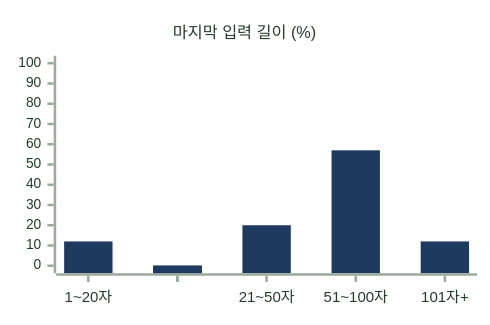
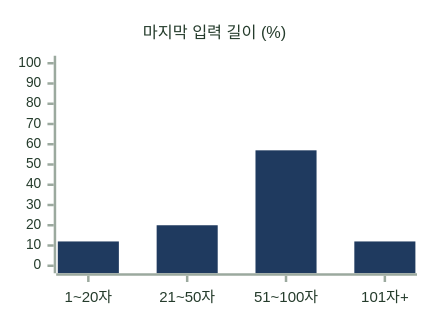
Before and after one commit to KIM-N-KANG/knk-harness: the sixth of 16 diagrams in docs/AI/CHAT/6-4-AI-EVALUATION-METHOD.md, drawn with Mermaid. The commit also changed other lines of this file, not shown here.

````diff
--- a/docs/AI/CHAT/6-4-AI-EVALUATION-METHOD.md
+++ b/docs/AI/CHAT/6-4-AI-EVALUATION-METHOD.md
@@ -127,8 +127,8 @@
 ```mermaid
-%%{init: {"theme": "base", "xyChart": {"width": 372, "height": 240, "titleFontSize": 13, "xAxis": {"labelFontSize": 12}, "yAxis": {"labelFontSize": 11, "showTitle": false}}, "themeVariables": {"xyChart": {"backgroundColor": "#FFFFFF", "titleColor": "#253C2C", "xAxisLabelColor": "#253C2C", "xAxisLineColor": "#9BA99E", "xAxisTickColor": "#9BA99E", "yAxisLabelColor": "#253C2C", "yAxisLineColor": "#9BA99E", "yAxisTickColor": "#9BA99E", "plotColorPalette": "#1F3A5F"}}}}%%
+%%{init: {"theme": "base", "xyChart": {"width": 324, "height": 240, "titleFontSize": 13, "xAxis": {"labelFontSize": 12}, "yAxis": {"labelFontSize": 11, "showTitle": false}}, "themeVariables": {"xyChart": {"backgroundColor": "#FFFFFF", "titleColor": "#253C2C", "xAxisLabelColor": "#253C2C", "xAxisLineColor": "#9BA99E", "xAxisTickColor": "#9BA99E", "yAxisLabelColor": "#253C2C", "yAxisLineColor": "#9BA99E", "yAxisTickColor": "#9BA99E", "plotColorPalette": "#1F3A5F"}}}}%%
 xychart-beta
     title "마지막 입력 길이 (%)"
-    x-axis ["1~20자", " ", "21~50자", "  ", "51~100자", "   ", "101자+"]
+    x-axis ["1~20자", "21~50자", "51~100자", "101자+"]
     y-axis 0 --> 100
-    bar [12, 0, 20, 0, 57, 0, 12]
+    bar [12, 20, 57, 12]
 ```
````
